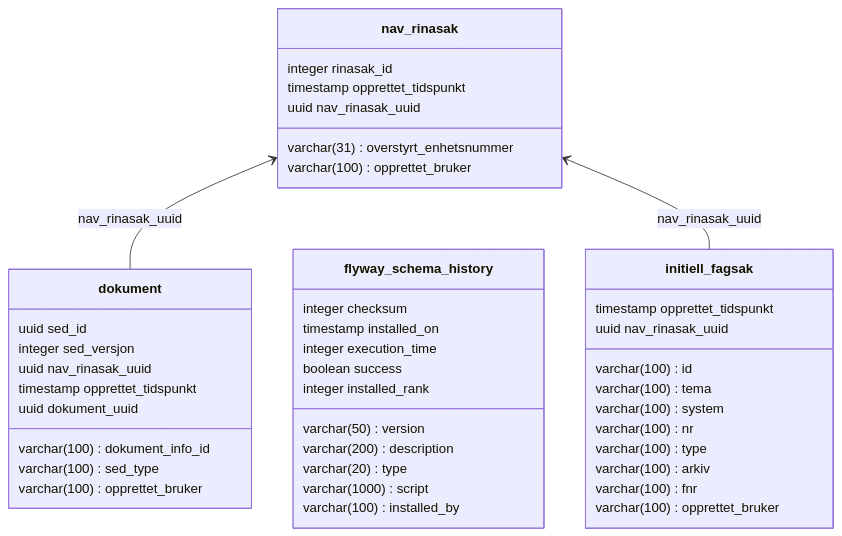
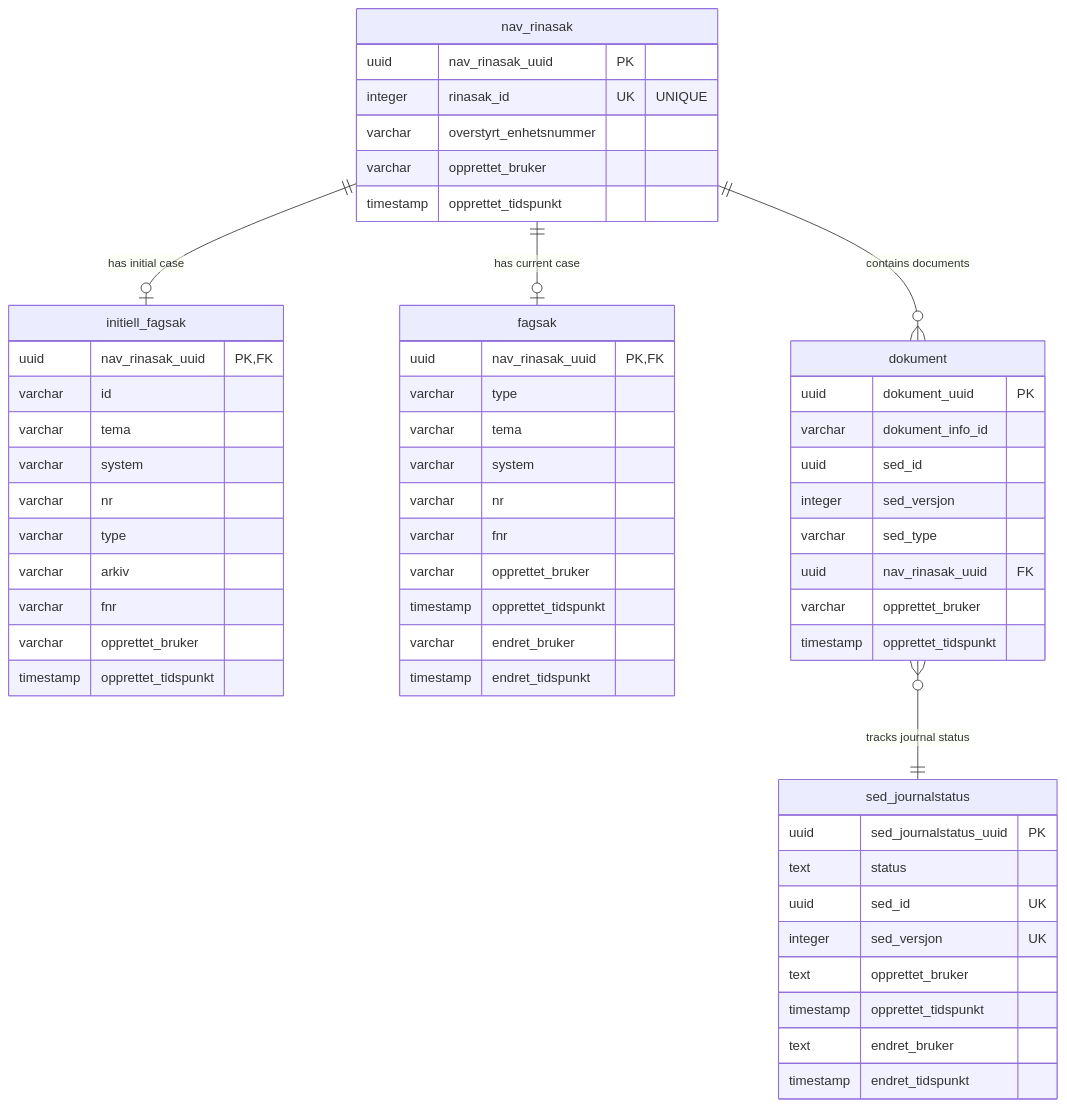
The diagram in readme.md (navikt/eux-nav-rinasak), drawn with Mermaid before and after one commit. The commit also changed other lines of this file, not shown here.

`````diff
--- a/readme.md
+++ b/readme.md
@@ -27,48 +54,63 @@
-````mermaid
-classDiagram
-direction BT
-class dokument {
-   varchar(100) dokument_info_id
-   uuid sed_id
-   integer sed_versjon
-   varchar(100) sed_type
-   uuid nav_rinasak_uuid
-   varchar(100) opprettet_bruker
-   timestamp opprettet_tidspunkt
-   uuid dokument_uuid
-}
-class flyway_schema_history {
-   varchar(50) version
-   varchar(200) description
-   varchar(20) type
-   varchar(1000) script
-   integer checksum
-   varchar(100) installed_by
-   timestamp installed_on
-   integer execution_time
-   boolean success
-   integer installed_rank
-}
-class initiell_fagsak {
-   varchar(100) id
-   varchar(100) tema
-   varchar(100) system
-   varchar(100) nr
-   varchar(100) type
-   varchar(100) arkiv
-   varchar(100) fnr
-   varchar(100) opprettet_bruker
-   timestamp opprettet_tidspunkt
-   uuid nav_rinasak_uuid
-}
-class nav_rinasak {
-   integer rinasak_id
-   varchar(31) overstyrt_enhetsnummer
-   varchar(100) opprettet_bruker
-   timestamp opprettet_tidspunkt
-   uuid nav_rinasak_uuid
-}
+```mermaid
+erDiagram
+    nav_rinasak {
+        uuid nav_rinasak_uuid PK
+        integer rinasak_id UK "UNIQUE"
+        varchar overstyrt_enhetsnummer
+        varchar opprettet_bruker
+        timestamp opprettet_tidspunkt
+    }
+    
+    initiell_fagsak {
+        uuid nav_rinasak_uuid PK,FK
+        varchar id
+        varchar tema
+        varchar system
+        varchar nr
+        varchar type
+        varchar arkiv
+        varchar fnr
+        varchar opprettet_bruker
+        timestamp opprettet_tidspunkt
+    }
+    
+    fagsak {
+        uuid nav_rinasak_uuid PK,FK
+        varchar type
+        varchar tema
+        varchar system
+        varchar nr
+        varchar fnr
+        varchar opprettet_bruker
+        timestamp opprettet_tidspunkt
+        varchar endret_bruker
+        timestamp endret_tidspunkt
+    }
+    
+    dokument {
+        uuid dokument_uuid PK
+        varchar dokument_info_id
+        uuid sed_id
+        integer sed_versjon
+        varchar sed_type
+        uuid nav_rinasak_uuid FK
+        varchar opprettet_bruker
+        timestamp opprettet_tidspunkt
+    }
+    
+    sed_journalstatus {
+        uuid sed_journalstatus_uuid PK
+        text status
+        uuid sed_id UK
+        integer sed_versjon UK
+        text opprettet_bruker
+        timestamp opprettet_tidspunkt
+        text endret_bruker
+        timestamp endret_tidspunkt
+    }
 
-dokument  -->  nav_rinasak : nav_rinasak_uuid
-initiell_fagsak  -->  nav_rinasak : nav_rinasak_uuid
-````
+    nav_rinasak ||--o| initiell_fagsak : "has initial case"
+    nav_rinasak ||--o| fagsak : "has current case"
+    nav_rinasak ||--o{ dokument : "contains documents"
+    dokument }o--|| sed_journalstatus : "tracks journal status"
+```
`````
